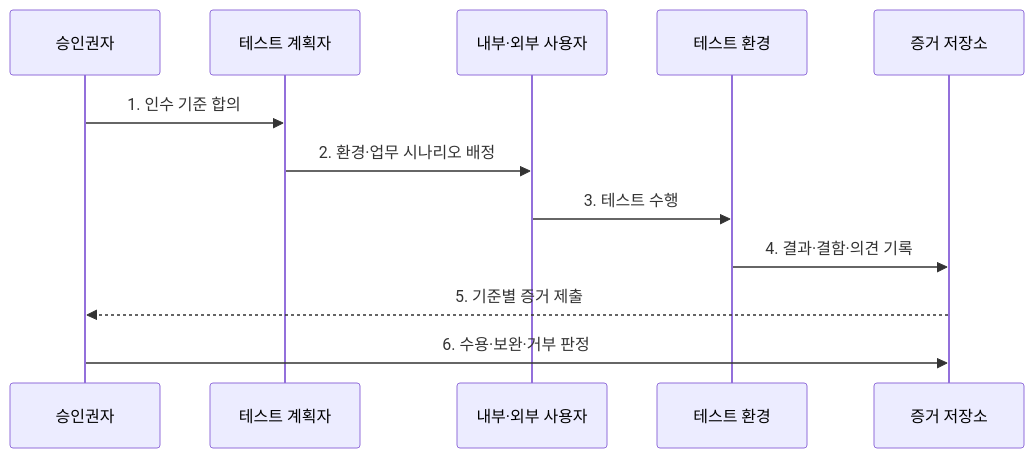
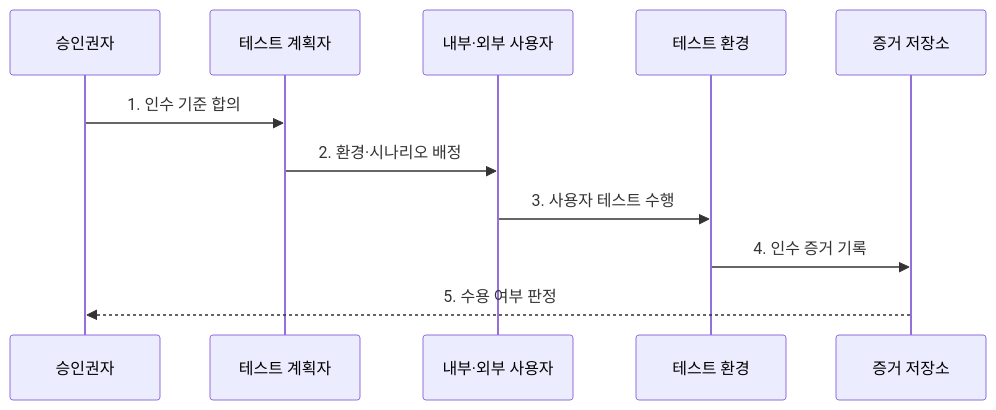
Before and after one commit to agnusdei1207/knowledge-base: the second of 2 diagrams in src/content/docs/notes/03-software/062_alpha_beta_acceptance_testing.md, drawn with Mermaid. The commit also changed other lines of this file and 238 other files, not shown here.

````diff
--- a/src/content/docs/notes/03-software/062_alpha_beta_acceptance_testing.md
+++ b/src/content/docs/notes/03-software/062_alpha_beta_acceptance_testing.md
@@ -79,14 +79,13 @@
 ```mermaid
 sequenceDiagram
     participant A as 승인권자
     participant P as 테스트 계획자
     participant U as 내부·외부 사용자
     participant E as 테스트 환경
     participant R as 증거 저장소
     A->>P: 1. 인수 기준 합의
-    P->>U: 2. 환경·업무 시나리오 배정
-    U->>E: 3. 테스트 수행
-    E->>R: 4. 결과·결함·의견 기록
-    R-->>A: 5. 기준별 증거 제출
-    A->>R: 6. 수용·보완·거부 판정
+    P->>U: 2. 환경·시나리오 배정
+    U->>E: 3. 사용자 테스트 수행
+    E->>R: 4. 인수 증거 기록
+    R-->>A: 5. 수용 여부 판정
 ```
````
